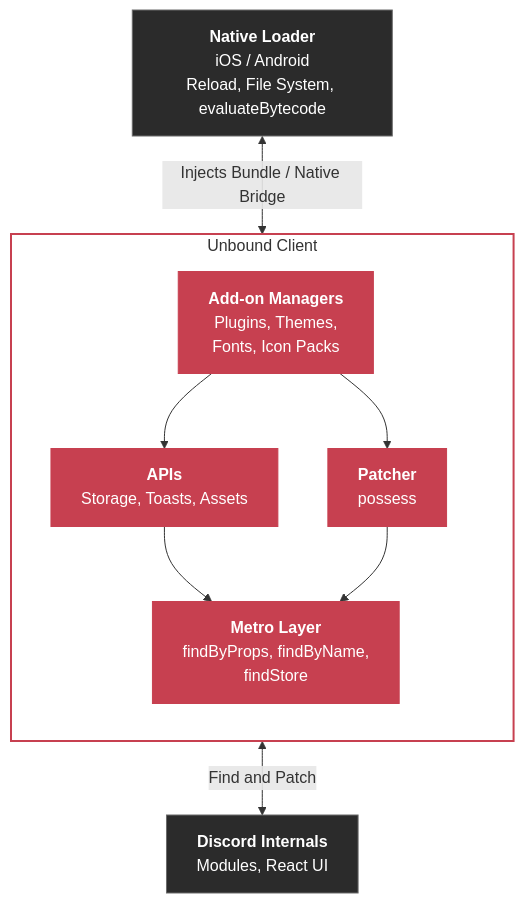
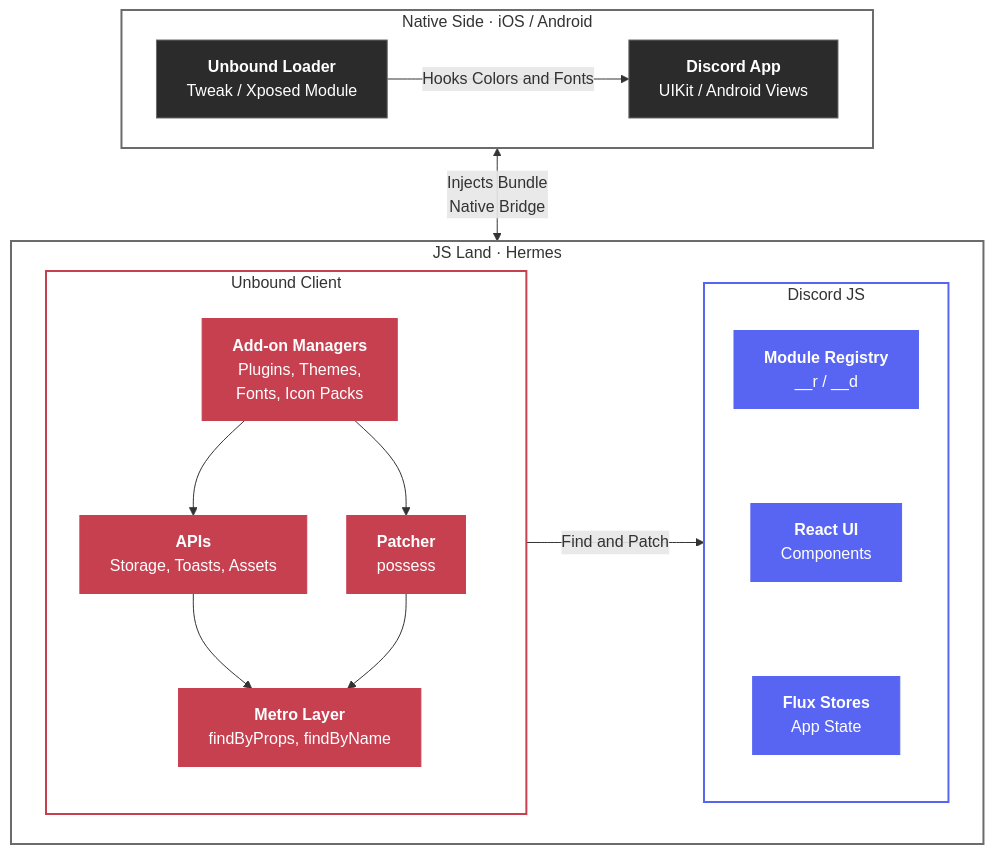
One commit to castdrian/unbound changed the diagram in README.md. Above: the diagram before and after it, drawn with Mermaid.

Commit message:
docs: split readme diagram into native and js layers
Group the loader and Discord app as the native side, and the Unbound client and Discord's JS modules, UI, and stores under Hermes, so the diagram uses the full width.

````diff
--- a/README.md
+++ b/README.md
@@ -125,28 +125,46 @@
 ```mermaid
-flowchart TD
-    Loader["<b>Native Loader</b><br/>iOS / Android<br/>Reload, File System, evaluateBytecode"]
-
-    subgraph Client["Unbound Client"]
-        direction TB
-        Managers["<b>Add-on Managers</b><br/>Plugins, Themes,<br/>Fonts, Icon Packs"]
-        APIs["<b>APIs</b><br/>Storage, Toasts, Assets"]
-        Patcher["<b>Patcher</b><br/>possess"]
-        Metro["<b>Metro Layer</b><br/>findByProps, findByName,<br/>findStore"]
-
-        Managers --> APIs
-        Managers --> Patcher
-        APIs --> Metro
-        Patcher --> Metro
+%%{init: {"flowchart": {"nodeSpacing": 40, "rankSpacing": 45}}}%%
+flowchart TB
+    subgraph Native["Native Side · iOS / Android"]
+        direction LR
+        Loader["<b>Unbound Loader</b><br/>Tweak / Xposed Module"]
+        App["<b>Discord App</b><br/>UIKit / Android Views"]
+        Loader -->|Hooks Colors and Fonts| App
     end
 
-    Discord["<b>Discord Internals</b><br/>Modules, React UI"]
+    subgraph JS["JS Land · Hermes"]
+        direction LR
+        subgraph Client["Unbound Client"]
+            direction TB
+            Managers["<b>Add-on Managers</b><br/>Plugins, Themes,<br/>Fonts, Icon Packs"]
+            APIs["<b>APIs</b><br/>Storage, Toasts, Assets"]
+            Patcher["<b>Patcher</b><br/>possess"]
+            Metro["<b>Metro Layer</b><br/>findByProps, findByName"]
+            Managers --> APIs
+            Managers --> Patcher
+            APIs --> Metro
+            Patcher --> Metro
+        end
+        subgraph DJS["Discord JS"]
+            direction TB
+            Registry["<b>Module Registry</b><br/>__r / __d"]
+            UI["<b>React UI</b><br/>Components"]
+            Stores["<b>Flux Stores</b><br/>App State"]
+            Registry ~~~ UI ~~~ Stores
+        end
+        Client -->|Find and Patch| DJS
+    end
 
-    Loader <-->|Injects Bundle / Native Bridge| Client
-    Metro <-->|Find and Patch| Discord
+    Native <-->|"Injects Bundle<br/>Native Bridge"| JS
 
-    classDef external fill:#2b2b2b,stroke:#6b6b6b,color:#ffffff
+    classDef native fill:#2b2b2b,stroke:#6b6b6b,color:#ffffff
     classDef core fill:#c74050,stroke:#c74050,color:#ffffff
-    class Loader,Discord external
+    classDef discord fill:#5865f2,stroke:#5865f2,color:#ffffff
+    class App,Loader native
     class Managers,APIs,Patcher,Metro core
+    class Registry,UI,Stores discord
+    style Native fill:transparent,stroke:#6b6b6b,stroke-width:2px
+    style JS fill:transparent,stroke:#6b6b6b,stroke-width:2px
     style Client fill:transparent,stroke:#c74050,stroke-width:2px
+    style DJS fill:transparent,stroke:#5865f2,stroke-width:2px
 ```
````
